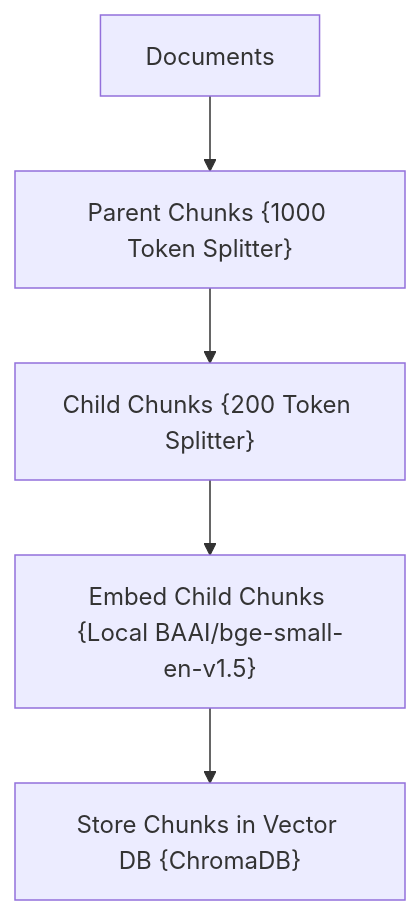
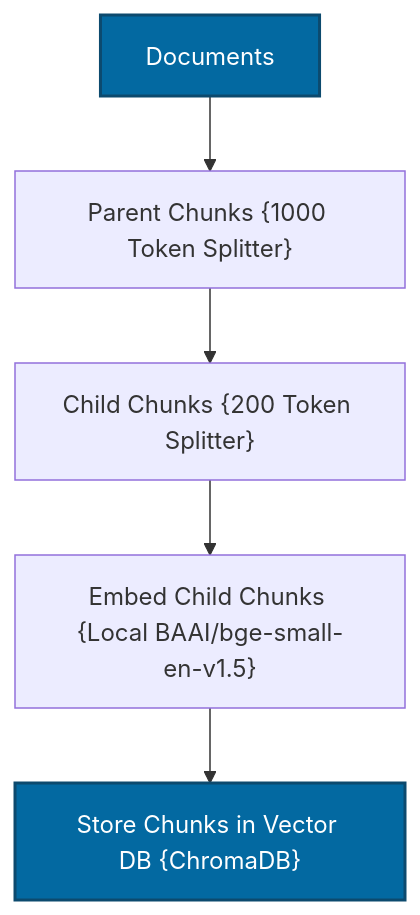
One commit to mohd-faizy/RAG-Design-Patterns changed the first of 2 diagrams in 04_Hierarchical_RAG/README.md. Above: the diagram before and after it, drawn with Mermaid. The commit also changed other lines of this file and 18 other files, not shown here.

````diff
--- a/04_Hierarchical_RAG/README.md
+++ b/04_Hierarchical_RAG/README.md
@@ -32,7 +32,10 @@
 ```mermaid
 graph TD
     Doc[Documents] --> Parent["Parent Chunks {1000 Token Splitter}"]
     Parent --> Child["Child Chunks {200 Token Splitter}"]
     Child --> Embed["Embed Child Chunks {Local BAAI/bge-small-en-v1.5}"]
     Embed --> Store["Store Chunks in Vector DB {ChromaDB}"]
+
+    style Doc fill:#0369A1,stroke:#0C4A6E,stroke-width:2px,color:#fff
+    style Store fill:#0369A1,stroke:#0C4A6E,stroke-width:2px,color:#fff
 ```
````
